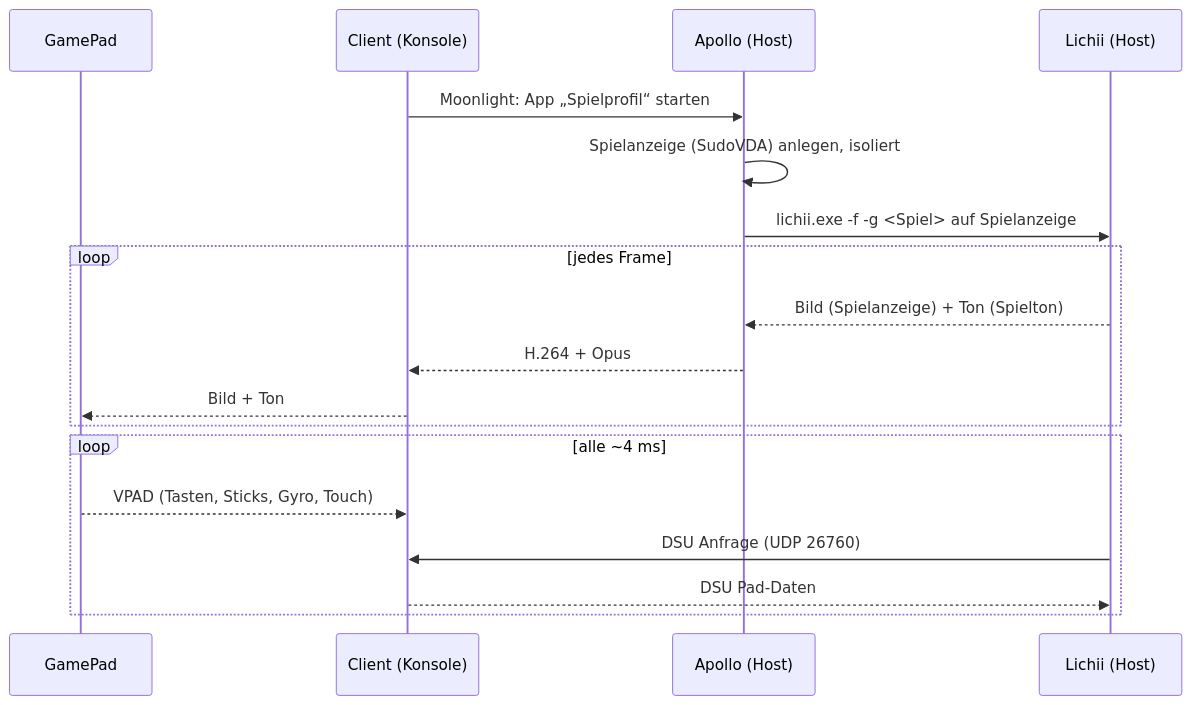
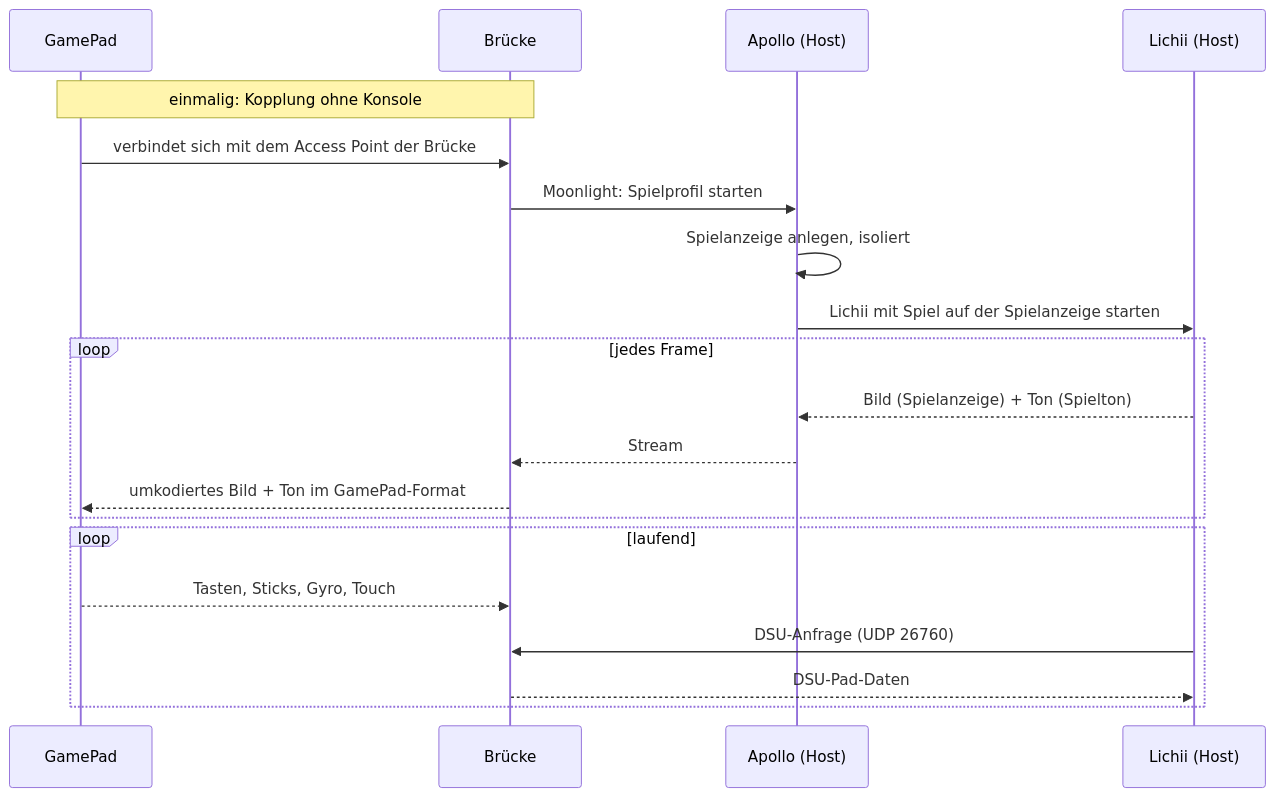
Before and after one commit to Mendeln00/lichii-wiiu-gamepad: the diagram in docs/architecture.md, drawn with Mermaid. The commit also changed other lines of this file and 15 other files, not shown here.

````diff
--- a/docs/architecture.md
+++ b/docs/architecture.md
@@ -20,20 +23,22 @@
 ```mermaid
 sequenceDiagram
   participant GP as GamePad
-  participant C as Client (Konsole)
+  participant B as Brücke
   participant A as Apollo (Host)
   participant L as Lichii (Host)
-  C->>A: Moonlight: App „Spielprofil“ starten
-  A->>A: Spielanzeige (SudoVDA) anlegen, isoliert
-  A->>L: lichii.exe -f -g <Spiel> auf Spielanzeige
+  Note over GP,B: einmalig: Kopplung ohne Konsole
+  GP->>B: verbindet sich mit dem Access Point der Brücke
+  B->>A: Moonlight: Spielprofil starten
+  A->>A: Spielanzeige anlegen, isoliert
+  A->>L: Lichii mit Spiel auf der Spielanzeige starten
   loop jedes Frame
     L-->>A: Bild (Spielanzeige) + Ton (Spielton)
-    A-->>C: H.264 + Opus
-    C-->>GP: Bild + Ton
+    A-->>B: Stream
+    B-->>GP: umkodiertes Bild + Ton im GamePad‑Format
   end
-  loop alle ~4 ms
-    GP-->>C: VPAD (Tasten, Sticks, Gyro, Touch)
-    L->>C: DSU Anfrage (UDP 26760)
-    C-->>L: DSU Pad‑Daten
+  loop laufend
+    GP-->>B: Tasten, Sticks, Gyro, Touch
+    L->>B: DSU‑Anfrage (UDP 26760)
+    B-->>L: DSU‑Pad‑Daten
   end
 ```
````
